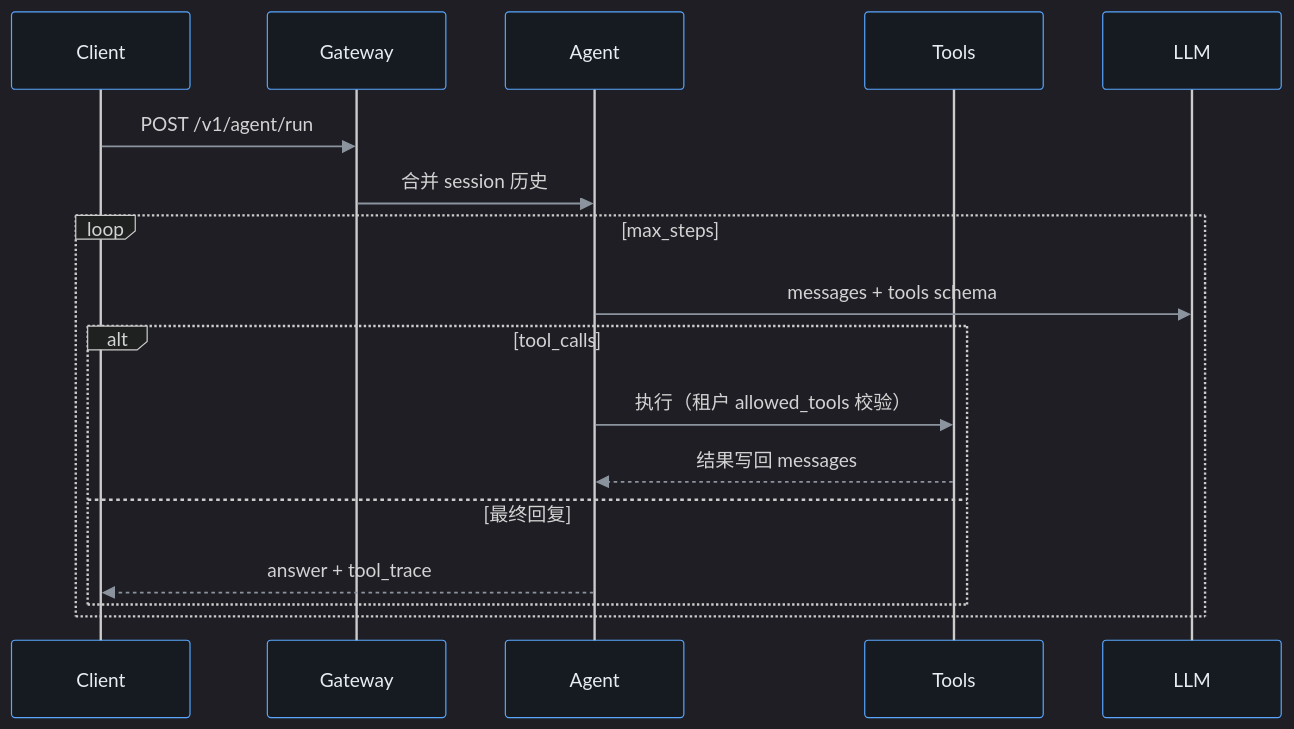
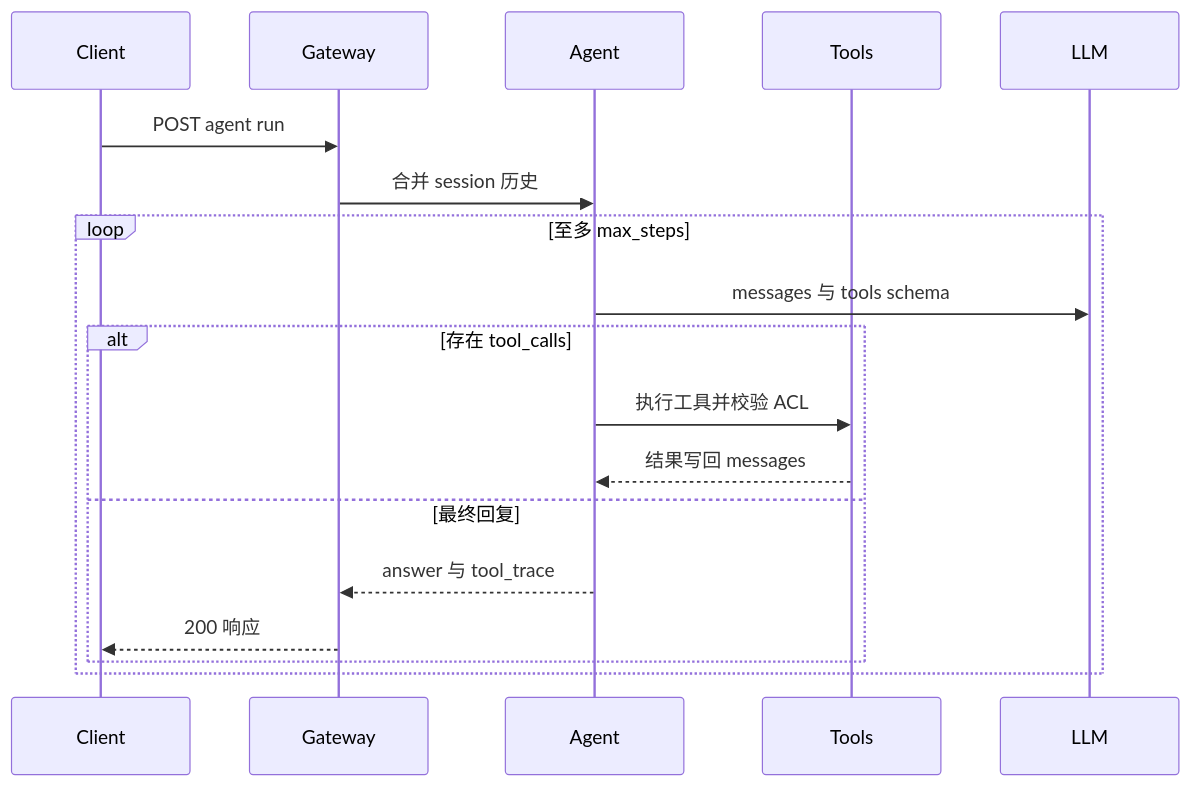
Before and after one commit to xingyun0812/ai-platform-lab: the fourth of 6 diagrams in docs/architecture.md, drawn with Mermaid. The commit also changed other lines of this file and 1 other file, not shown here.

First line of the commit message:
docs: add Phase E milestone and architecture flow

````diff
--- a/docs/architecture.md
+++ b/docs/architecture.md
@@ -99,21 +104,21 @@
 ```mermaid
-%%{init: {'theme': 'dark', 'themeVariables': { 'primaryColor': '#1e3a5f', 'primaryTextColor': '#e6edf3', 'primaryBorderColor': '#58a6ff', 'lineColor': '#8b949e', 'actorBkg': '#161b22', 'actorTextColor': '#e6edf3', 'actorBorder': '#58a6ff', 'signalColor': '#8b949e'}}}%%
 sequenceDiagram
   participant Client
   participant Gateway
   participant Agent
   participant Tools
   participant LLM
 
-  Client->>Gateway: POST /v1/agent/run
+  Client->>Gateway: POST agent run
   Gateway->>Agent: 合并 session 历史
-  loop max_steps
-    Agent->>LLM: messages + tools schema
-    alt tool_calls
-      Agent->>Tools: 执行（租户 allowed_tools 校验）
+  loop 至多 max_steps
+    Agent->>LLM: messages 与 tools schema
+    alt 存在 tool_calls
+      Agent->>Tools: 执行工具并校验 ACL
       Tools-->>Agent: 结果写回 messages
     else 最终回复
-      Agent-->>Client: answer + tool_trace
+      Agent-->>Gateway: answer 与 tool_trace
+      Gateway-->>Client: 200 响应
     end
   end
 ```
````
